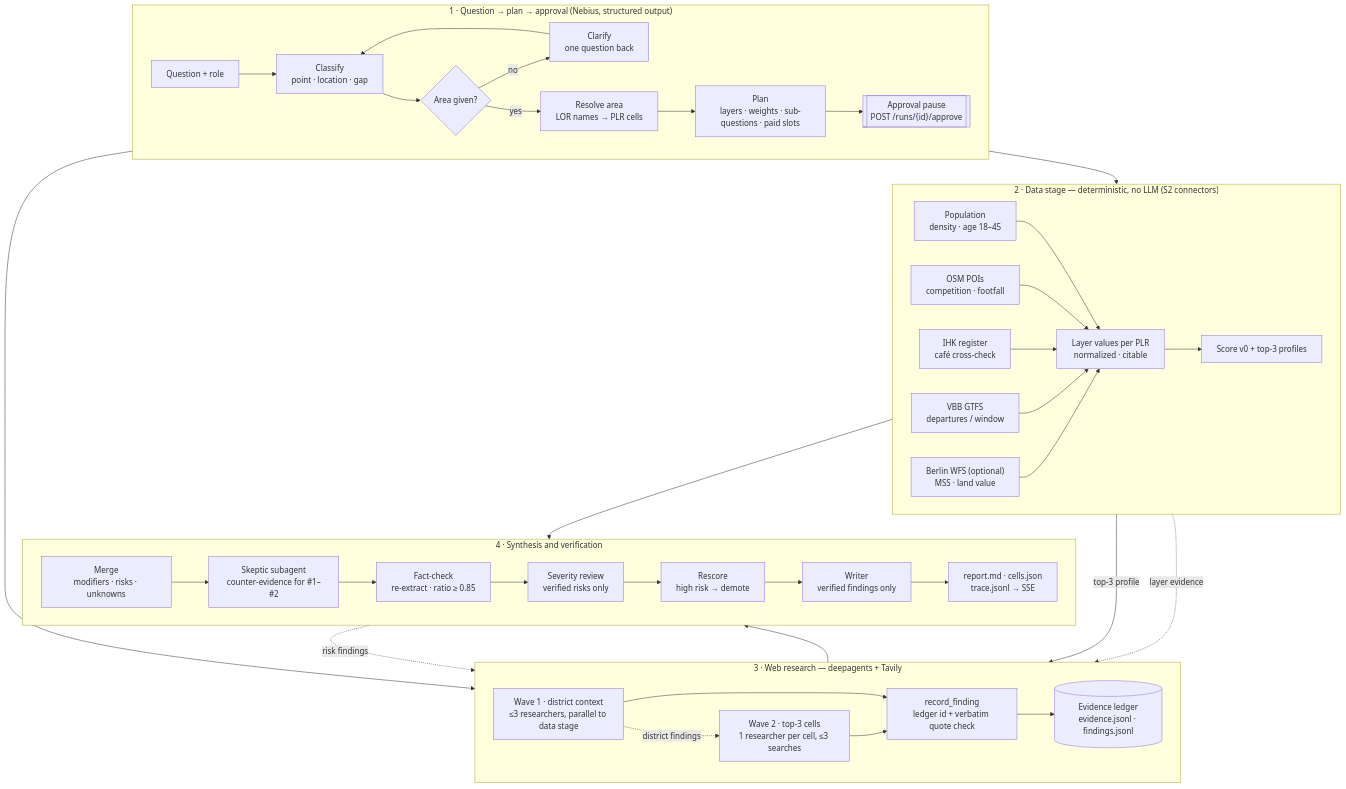
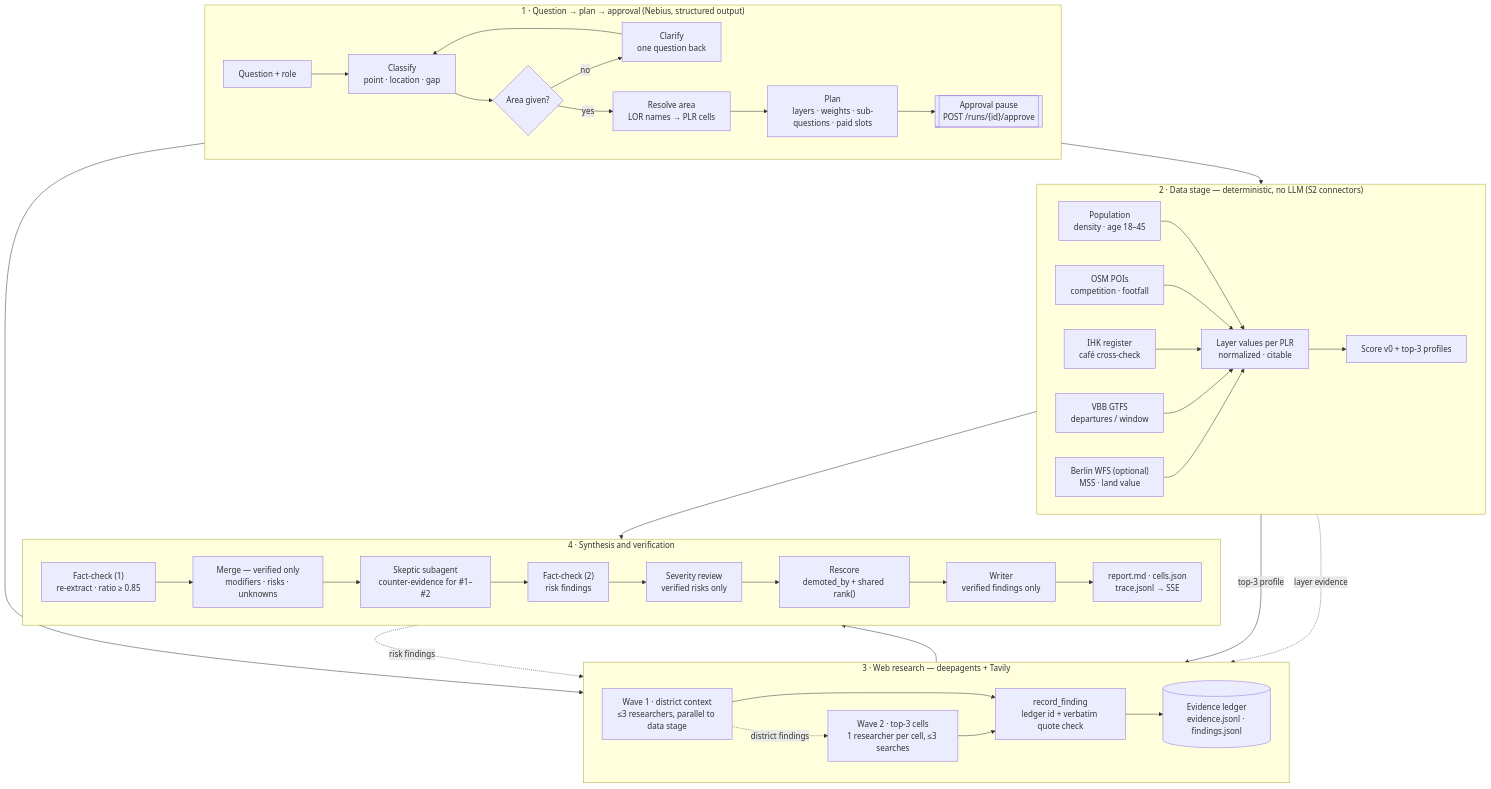
The diagram in docs/01_Architecture/assets/deep_research_flow.mmd (roger704/Risalite-hackathon), drawn with Mermaid before and after one commit. The commit also changed 2 other files, not shown here.

Commit message:
docs: address review — run tokens, area correction at approval, untrusted content, merge after fact-check, persistent demotion rule

```diff
--- a/docs/01_Architecture/assets/deep_research_flow.mmd
+++ b/docs/01_Architecture/assets/deep_research_flow.mmd
@@ -1,60 +1,61 @@
 flowchart TB
   subgraph P1["1 · Question → plan → approval (Nebius, structured output)"]
     direction LR
     Q["Question + role"] --> C["Classify<br/>point · location · gap"]
     C --> G{"Area given?"}
     G -- no --> CQ["Clarify<br/>one question back"]
     CQ --> C
     G -- yes --> A["Resolve area<br/>LOR names → PLR cells"]
     A --> P["Plan<br/>layers · weights · sub-questions · paid slots"]
     P --> AP[["Approval pause<br/>POST /runs/{id}/approve"]]
   end
 
   subgraph P2["2 · Data stage — deterministic, no LLM (S2 connectors)"]
     direction LR
     POP["Population<br/>density · age 18–45"]
     OSM["OSM POIs<br/>competition · footfall"]
     IHK["IHK register<br/>café cross-check"]
     GTFS["VBB GTFS<br/>departures / window"]
     WFS["Berlin WFS (optional)<br/>MSS · land value"]
     LV["Layer values per PLR<br/>normalized · citable"]
     SC["Score v0 + top-3 profiles"]
     POP --> LV
     OSM --> LV
     IHK --> LV
     GTFS --> LV
     WFS --> LV
     LV --> SC
   end
 
   subgraph P3["3 · Web research — deepagents + Tavily"]
     direction LR
     W1["Wave 1 · district context<br/>≤3 researchers, parallel to data stage"]
     W2["Wave 2 · top-3 cells<br/>1 researcher per cell, ≤3 searches"]
     RF["record_finding<br/>ledger id + verbatim quote check"]
     L[("Evidence ledger<br/>evidence.jsonl · findings.jsonl")]
     W1 --> RF
     W2 --> RF
     RF --> L
   end
 
   subgraph P4["4 · Synthesis and verification"]
     direction LR
-    M["Merge<br/>modifiers · risks · unknowns"]
+    FC["Fact-check (1)<br/>re-extract · ratio ≥ 0.85"]
+    M["Merge — verified only<br/>modifiers · risks · unknowns"]
     SK["Skeptic subagent<br/>counter-evidence for #1–#2"]
-    FC["Fact-check<br/>re-extract · ratio ≥ 0.85"]
+    FC2["Fact-check (2)<br/>risk findings"]
     RV["Severity review<br/>verified risks only"]
-    RS["Rescore<br/>high risk → demote"]
+    RS["Rescore<br/>demoted_by + shared rank()"]
     WR["Writer<br/>verified findings only"]
     OUT["report.md · cells.json<br/>trace.jsonl → SSE"]
-    M --> SK --> FC --> RV --> RS --> WR --> OUT
+    FC --> M --> SK --> FC2 --> RV --> RS --> WR --> OUT
   end
 
   AP --> P2
   AP --> W1
   SC -- "top-3 profile" --> W2
   W1 -. "district findings" .-> W2
   LV -. "layer evidence" .-> L
-  L --> M
+  L --> FC
   SC --> M
   SK -. "risk findings" .-> RF
```
